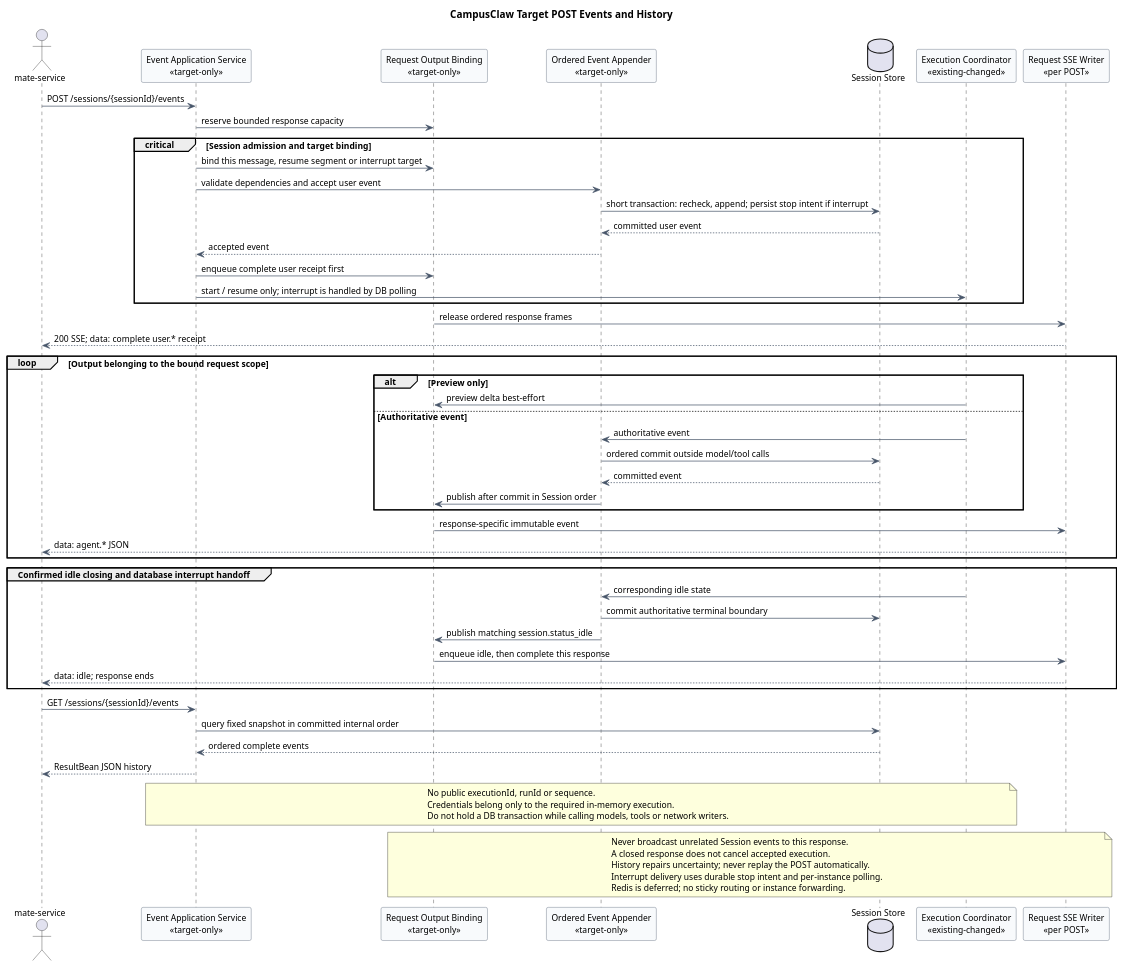
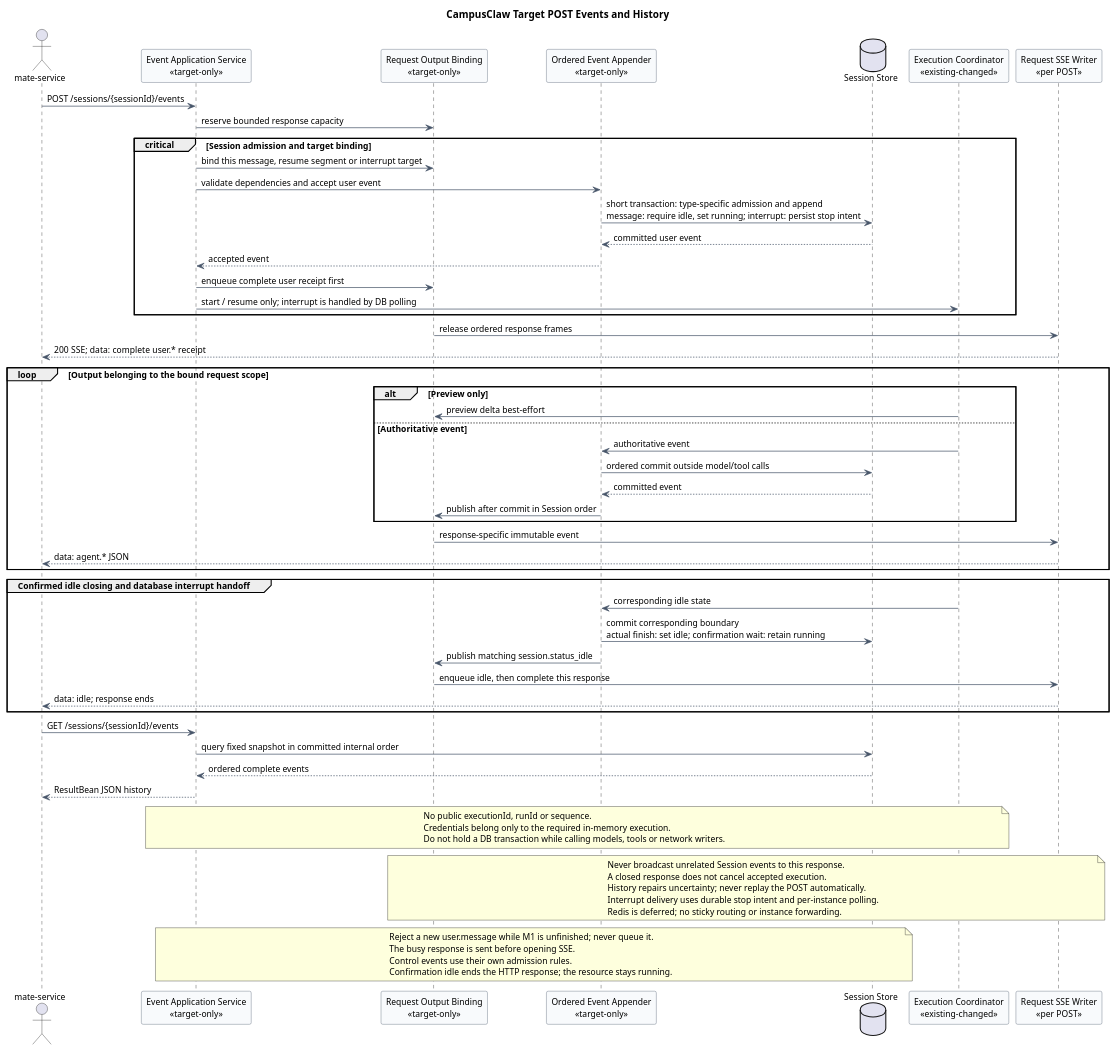
The first of 5 diagrams in 01-总体架构/01-CampusClaw多Agent运行时/设计图/事件接口重设计/diagram.puml (ssm0808/pi-mono-java-design), drawn with PlantUML before and after one commit. The commit also changed other lines of this file and 14 other files, not shown here.

Commit message:
docs(runtime): 确认 Session 单消息数据库准入规则

```diff
--- a/01-总体架构/01-CampusClaw多Agent运行时/设计图/事件接口重设计/diagram.puml
+++ b/01-总体架构/01-CampusClaw多Agent运行时/设计图/事件接口重设计/diagram.puml
@@ -1,81 +1,90 @@
 @startuml target_session_events_resource_model
 title CampusClaw Target POST Events and History
 ' Source evidence: pi-mono-java 918005ee8ccc88d179fc31a0de17a92b4a01383b.
 ' campusclaw/src/main/java/com/huawei/hicampus/claw/codingagent/runtimeapi/web/RuntimeEventController.java,
 ' submit/list, lines 61-91: POST SSE and GET history; no standalone read stream.
 ' campusclaw/src/main/java/com/huawei/hicampus/claw/codingagent/runtimeapi/event/RuntimeEventService.java,
 ' prepareAndSubmitLocked/acceptUserEntry, lines 101-141: persist message then start.
 ' These files are unchanged from a8192e047f4061bd385297d3dc6c4358362d0d49.
 ' Observed behavior: current Java already uses request-scoped POST SSE.
 ' Confirmed target architecture: combine submission and output in one POST;
 ' the first business frame is the complete accepted user event, exactly once.
 ' Design reason: remove the gap between a write and an independent live subscription.
 ' Target-only: union input, response projection, causal ordering and fixed snapshot.
+' Source evidence: campusclaw/src/main/java/com/huawei/hicampus/claw/codingagent/runtimeapi/persistence/MyBatisRuntimeSessionRepository.java,
+' acceptUserEvent: row lock, idle recheck, message append and running update in one transaction.
+' Confirmed product constraint: one unfinished user.message per Session across instances.
 skinparam backgroundColor #FFFFFF
 skinparam shadowing false
 skinparam defaultFontName Arial
 skinparam defaultFontSize 12
 skinparam sequence {
   ParticipantBackgroundColor #F8FAFC
   ParticipantBorderColor #475569
   ArrowColor #475569
 }
 actor "mate-service" as Mate
 participant "Event Application Service\n<<target-only>>" as API
 participant "Request Output Binding\n<<target-only>>" as Binding
 participant "Ordered Event Appender\n<<target-only>>" as Append
 database "Session Store" as Store
 participant "Execution Coordinator\n<<existing-changed>>" as Execution
 participant "Request SSE Writer\n<<per POST>>" as Writer
 
 Mate -> API : POST /sessions/{sessionId}/events
 API -> Binding : reserve bounded response capacity
 critical Session admission and target binding
   API -> Binding : bind this message, resume segment or interrupt target
   API -> Append : validate dependencies and accept user event
-  Append -> Store : short transaction: recheck, append; persist stop intent if interrupt
+  Append -> Store : short transaction: type-specific admission and append\nmessage: require idle, set running; interrupt: persist stop intent
   Store --> Append : committed user event
   Append --> API : accepted event
   API -> Binding : enqueue complete user receipt first
   API -> Execution : start / resume only; interrupt is handled by DB polling
 end
 Binding -> Writer : release ordered response frames
 Writer --> Mate : 200 SSE; data: complete user.* receipt
 
 loop Output belonging to the bound request scope
   alt Preview only
     Execution -> Binding : preview delta best-effort
   else Authoritative event
     Execution -> Append : authoritative event
     Append -> Store : ordered commit outside model/tool calls
     Store --> Append : committed event
     Append -> Binding : publish after commit in Session order
   end
   Binding -> Writer : response-specific immutable event
   Writer --> Mate : data: agent.* JSON
 end
 group Confirmed idle closing and database interrupt handoff
   Execution -> Append : corresponding idle state
-  Append -> Store : commit authoritative terminal boundary
+  Append -> Store : commit corresponding boundary\nactual finish: set idle; confirmation wait: retain running
   Append -> Binding : publish matching session.status_idle
   Binding -> Writer : enqueue idle, then complete this response
   Writer --> Mate : data: idle; response ends
 end
 Mate -> API : GET /sessions/{sessionId}/events
 API -> Store : query fixed snapshot in committed internal order
 Store --> API : ordered complete events
 API --> Mate : ResultBean JSON history
 
 note over API,Execution
 No public executionId, runId or sequence.
 Credentials belong only to the required in-memory execution.
 Do not hold a DB transaction while calling models, tools or network writers.
 end note
 note over Binding,Writer
 Never broadcast unrelated Session events to this response.
 A closed response does not cancel accepted execution.
 History repairs uncertainty; never replay the POST automatically.
 Interrupt delivery uses durable stop intent and per-instance polling.
 Redis is deferred; no sticky routing or instance forwarding.
 end note
+note over API,Store
+Reject a new user.message while M1 is unfinished; never queue it.
+The busy response is sent before opening SSE.
+Control events use their own admission rules.
+Confirmation idle ends the HTTP response; the resource stays running.
+end note
 @enduml
```
